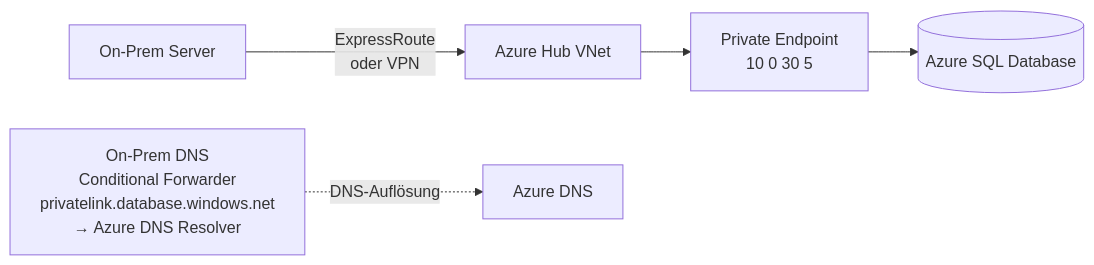
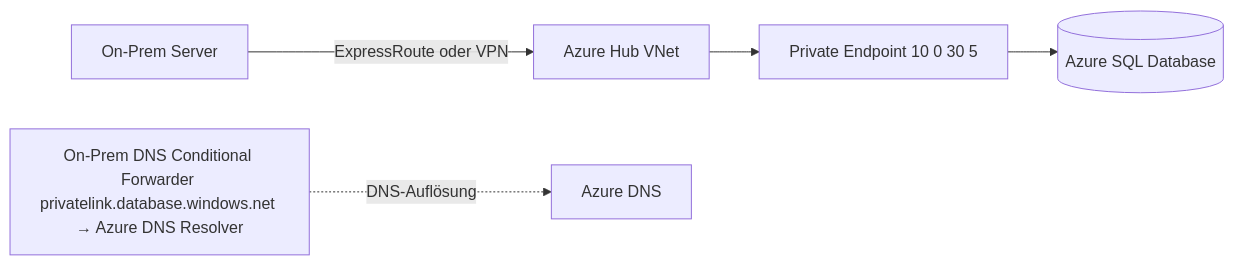
One commit to SoniiiT/notes-n-docs changed the sixth of 6 diagrams in Microsoft 365/Azure/Netzwerk/Azure Private Link.md. Above: the diagram before and after it, drawn with Mermaid. The commit also changed other lines of this file and 124 other files, not shown here.

First line of the commit message:
fix: Entferne \n aus allen Mermaid-Diagrammen (125 Dateien)

````diff
--- a/Microsoft 365/Azure/Netzwerk/Azure Private Link.md
+++ b/Microsoft 365/Azure/Netzwerk/Azure Private Link.md
@@ -291,8 +291,8 @@
 ```mermaid
 graph LR
-    ONPREM[On-Prem Server] -->|ExpressRoute\noder VPN| VNET[Azure Hub VNet]
-    VNET --> PE[Private Endpoint\n10 0 30 5]
+    ONPREM[On-Prem Server] -->|ExpressRoute oder VPN| VNET[Azure Hub VNet]
+    VNET --> PE[Private Endpoint 10 0 30 5]
     PE --> SQL[(Azure SQL Database)]
     
-    DNS_FWD[On-Prem DNS\nConditional Forwarder\nprivatelink.database.windows.net\n→ Azure DNS Resolver] -.->|DNS-Auflösung| AZURE_DNS[Azure DNS]
+    DNS_FWD[On-Prem DNS Conditional Forwarder privatelink.database.windows.net → Azure DNS Resolver] -.->|DNS-Auflösung| AZURE_DNS[Azure DNS]
 ```
````
